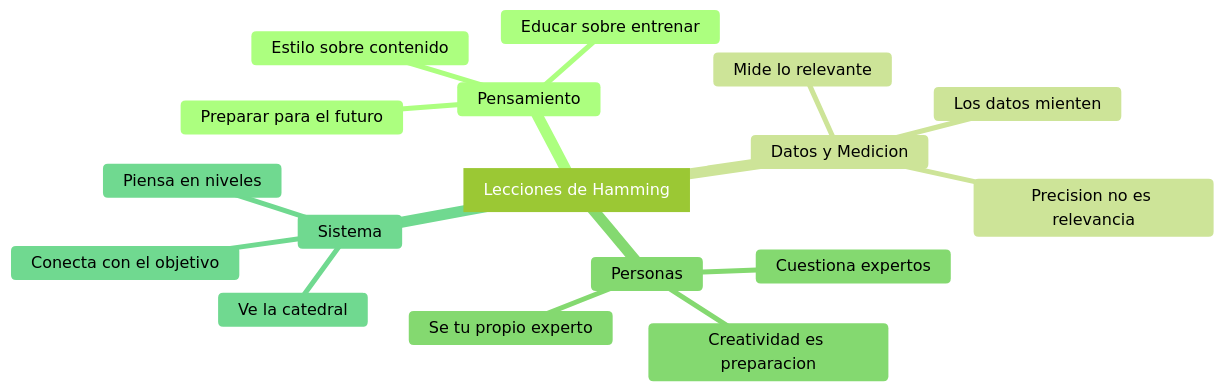
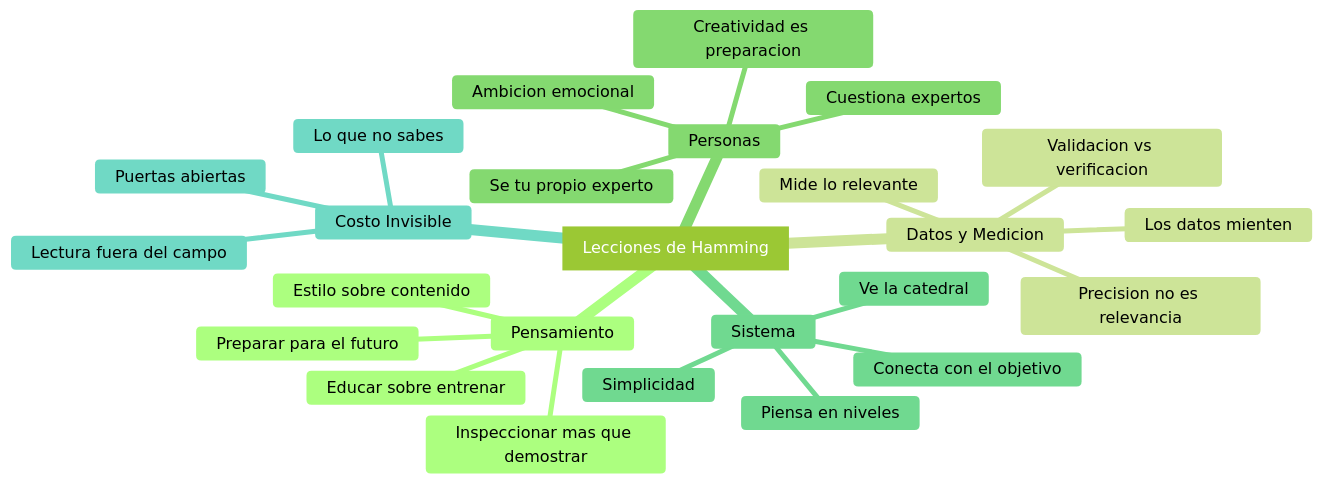
Before and after one commit to Igabr13l/obsidian-vault: the diagram in LIBROS/The Art of Doing Science and Engineering/03 - Lecciones Clave.md, drawn with Mermaid (forest theme). The commit also changed other lines of this file and 20 other files, not shown here.

````diff
--- a/LIBROS/The Art of Doing Science and Engineering/03 - Lecciones Clave.md
+++ b/LIBROS/The Art of Doing Science and Engineering/03 - Lecciones Clave.md
@@ -130,20 +211,28 @@
 ```mermaid
 mindmap
   root["Lecciones de Hamming"]
     Pensamiento
       Estilo sobre contenido
       Educar sobre entrenar
       Preparar para el futuro
+      Inspeccionar mas que demostrar
     Datos y Medicion
       Los datos mienten
       Mide lo relevante
       Precision no es relevancia
+      Validacion vs verificacion
     Personas
       Cuestiona expertos
       Se tu propio experto
       Creatividad es preparacion
+      Ambicion emocional
     Sistema
       Ve la catedral
       Conecta con el objetivo
       Piensa en niveles
+      Simplicidad
+    Costo Invisible
+      Lo que no sabes
+      Lectura fuera del campo
+      Puertas abiertas
 ```
````
